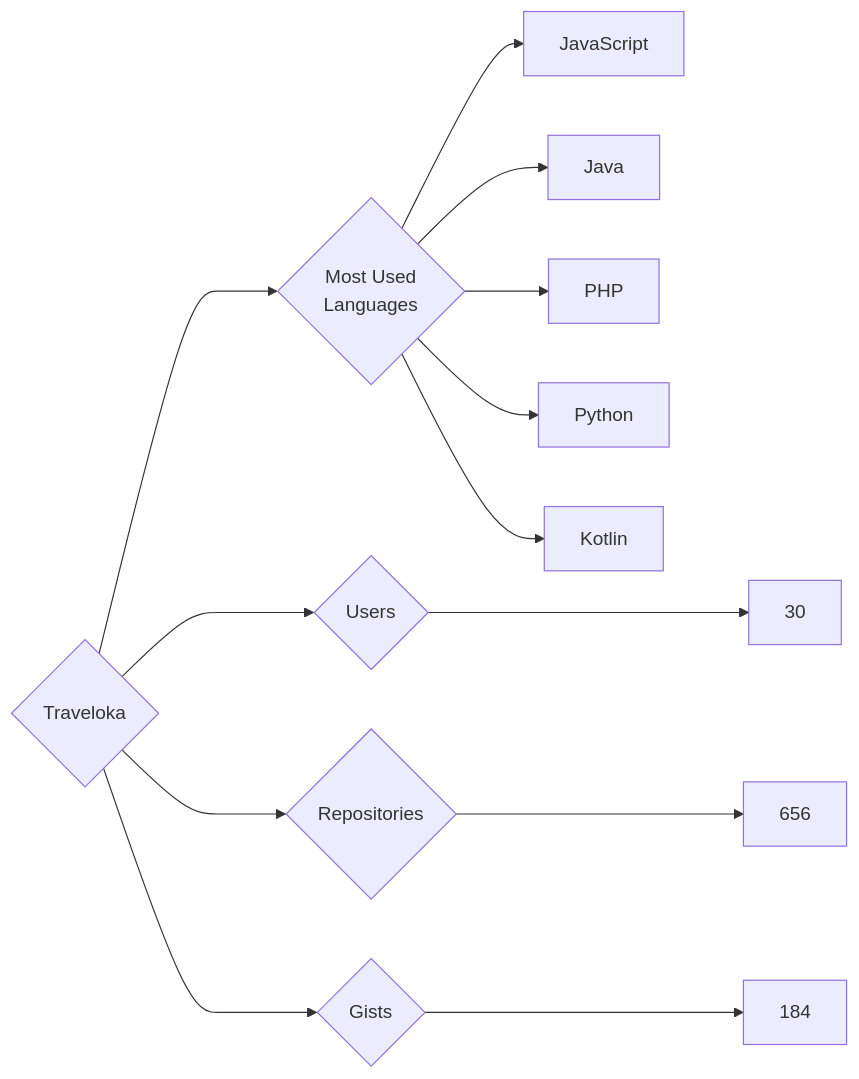
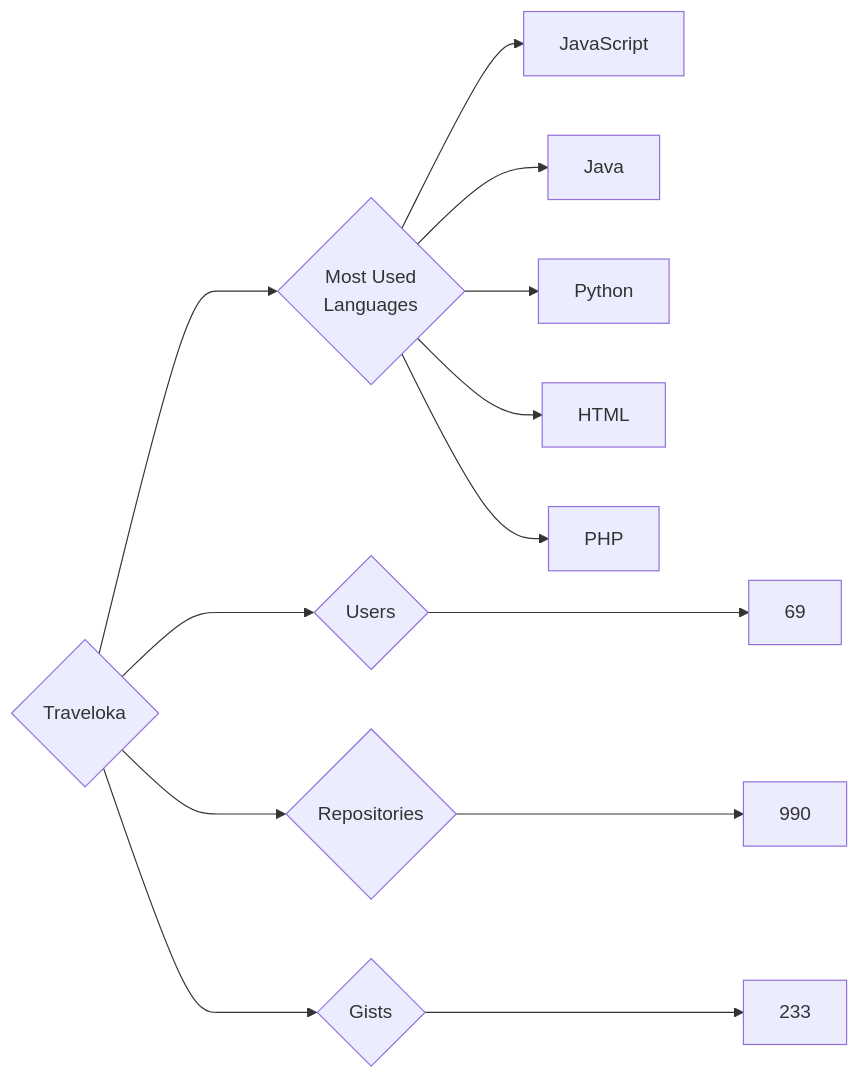
Before and after one commit to trickest/insiders: the diagram in targets/Traveloka/README.md, drawn with Mermaid. The commit also changed 806 other files, not shown here.

````diff
--- a/targets/Traveloka/README.md
+++ b/targets/Traveloka/README.md
@@ -3,13 +3,13 @@
 ```mermaid
 graph LR
 COMPANY_NAME{Traveloka}
-COMPANY_NAME ---> U{Users} ---> UN[30]
-COMPANY_NAME ---> R{Repositories} ---> RN[656]
-COMPANY_NAME ---> G{Gists} ---> GN[184]
+COMPANY_NAME ---> U{Users} ---> UN[69]
+COMPANY_NAME ---> R{Repositories} ---> RN[990]
+COMPANY_NAME ---> G{Gists} ---> GN[233]
 COMPANY_NAME ---> ML{Most Used<br>Languages}
 ML --> JavaScript[JavaScript]
 ML --> Java[Java]
+ML --> Python[Python]
+ML --> HTML[HTML]
 ML --> PHP[PHP]
-ML --> Python[Python]
-ML --> Kotlin[Kotlin]
 ```
````
